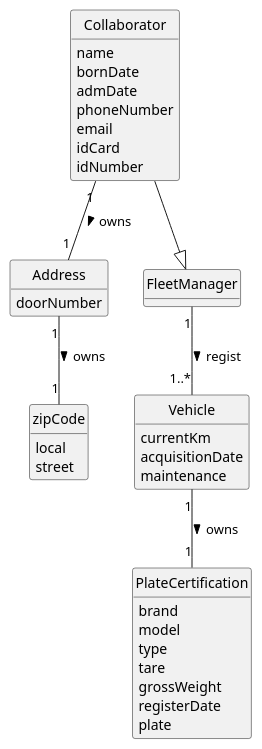
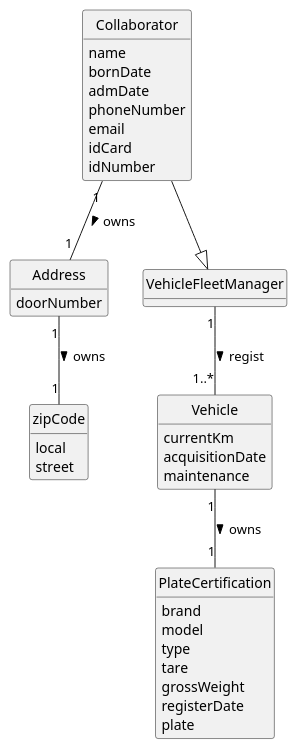
One commit to 1231360-ISEP/lei-24-s2-1db-g021 changed the diagram in docs/sprint2/us006/02.analysis/puml/us006-domain-model.puml. Above: the diagram before and after it, drawn with PlantUML. The commit also changed 12 other files, not shown here.

Commit message:
Change from "Fleet Manager" and "FM" to "Vehicle Fleet Manager" and "VFM",respectively

```diff
--- a/docs/sprint2/us006/02.analysis/puml/us006-domain-model.puml
+++ b/docs/sprint2/us006/02.analysis/puml/us006-domain-model.puml
@@ -1,55 +1,55 @@
 @startuml
 skinparam monochrome true
 skinparam packageStyle rectangle
 skinparam shadowing false
 
 skinparam classAttributeIconSize 0
 
 hide circle
 hide methods
 
 class Collaborator {
     name
     bornDate
     admDate
     phoneNumber
     email
     idCard
     idNumber
 }
 
 class Address {
     doorNumber
 }
 
 class zipCode {
     local
     street
 }
 
-class FleetManager {}
+class VehicleFleetManager {}
 
 class Vehicle {
     currentKm
     acquisitionDate
     maintenance
 }
 
 class PlateCertification{
     brand
     model
     type
     tare
     grossWeight
     registerDate
     plate
 }
 
 
-Collaborator --|> FleetManager
-FleetManager "1" -- "1..*" Vehicle : regist >
+Collaborator --|> VehicleFleetManager
+VehicleFleetManager "1" -- "1..*" Vehicle : regist >
 Vehicle "1" -- "1" PlateCertification : owns >
 Collaborator "1" -- "1" Address: owns >
 Address "1" -- "1" zipCode : owns >
 
 @enduml
```
